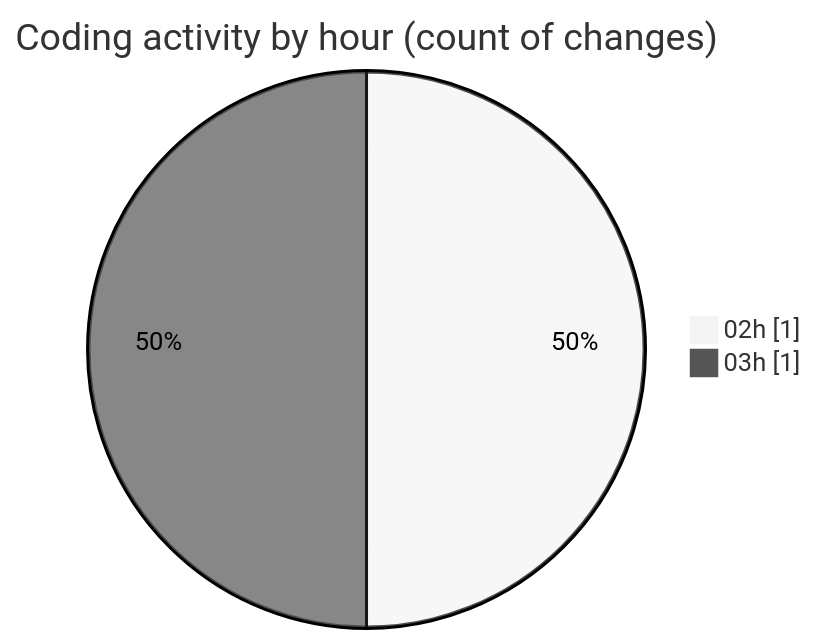
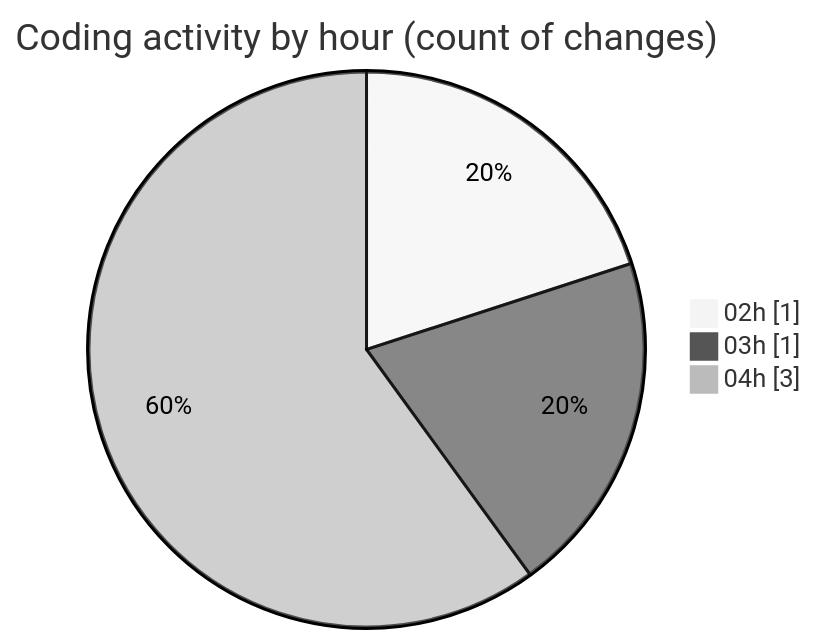
Before and after one commit to julien-gomy/code-tracking: the second of 2 diagrams in 2025-10-31/cdp_aleoudev_fr__workspace_/README.md, drawn with Mermaid (neutral theme). The commit also changed other lines of this file and 1 other file, not shown here.

````diff
--- a/2025-10-31/cdp_aleoudev_fr__workspace_/README.md
+++ b/2025-10-31/cdp_aleoudev_fr__workspace_/README.md
@@ -29,6 +29,7 @@
 ```mermaid
 pie showData
 title Coding activity by hour (count of changes)
 "02h" : 1
 "03h" : 1
+"04h" : 3
 ```
````
